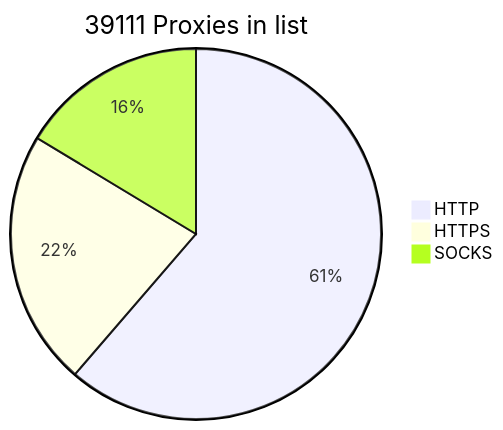
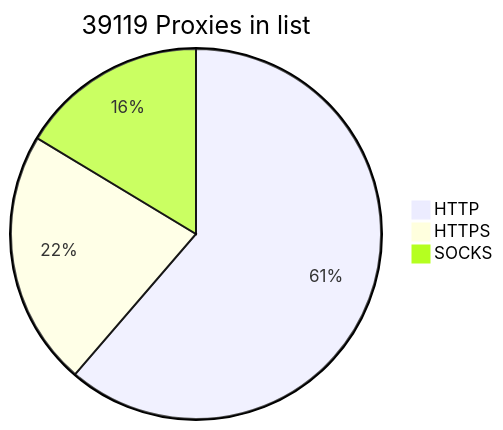
One commit to BlackSnowDot/proxylist-update-every-minute changed the diagram in README.md. Above: the diagram before and after it, drawn with Mermaid.

````diff
--- a/README.md
+++ b/README.md
@@ -2,6 +2,6 @@
 ```mermaid
-pie title 39111 Proxies in list
-    "HTTP" : 28251
+pie title 39119 Proxies in list
+    "HTTP" : 28252
     "HTTPS": 10283
-    "SOCKS" : 7531
+    "SOCKS" : 7538
 ```
````
